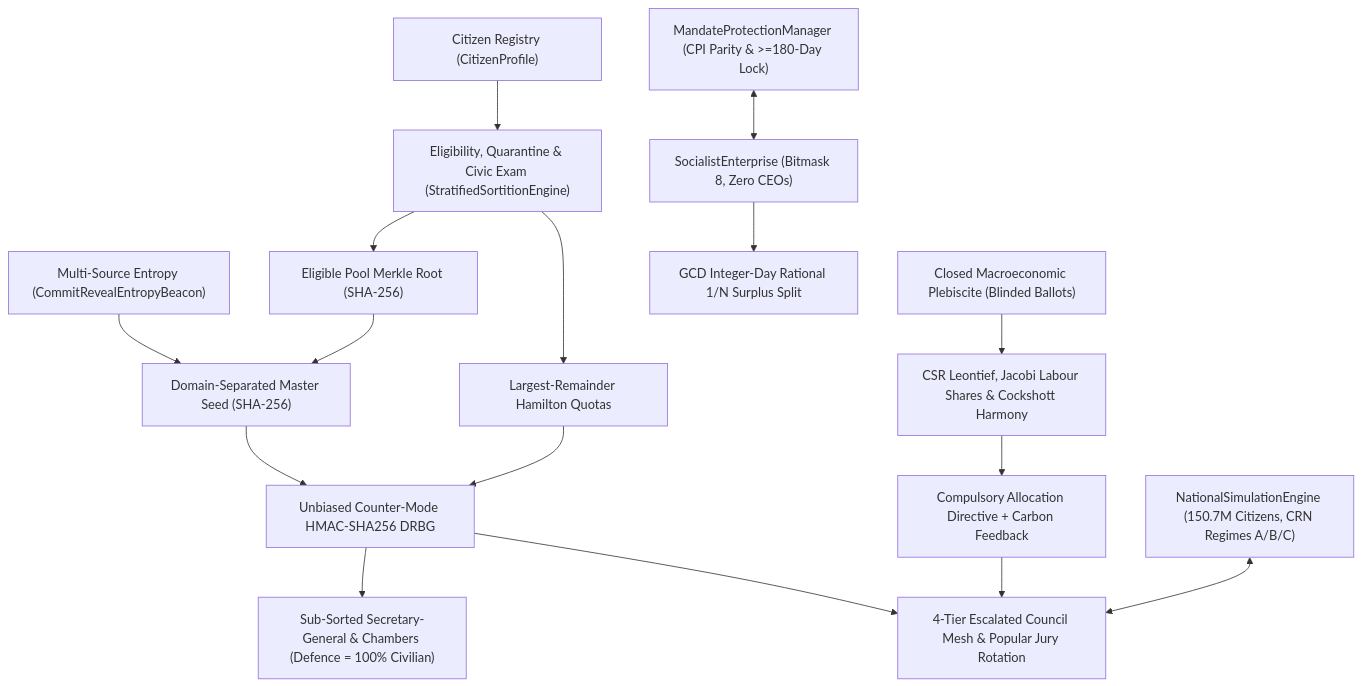
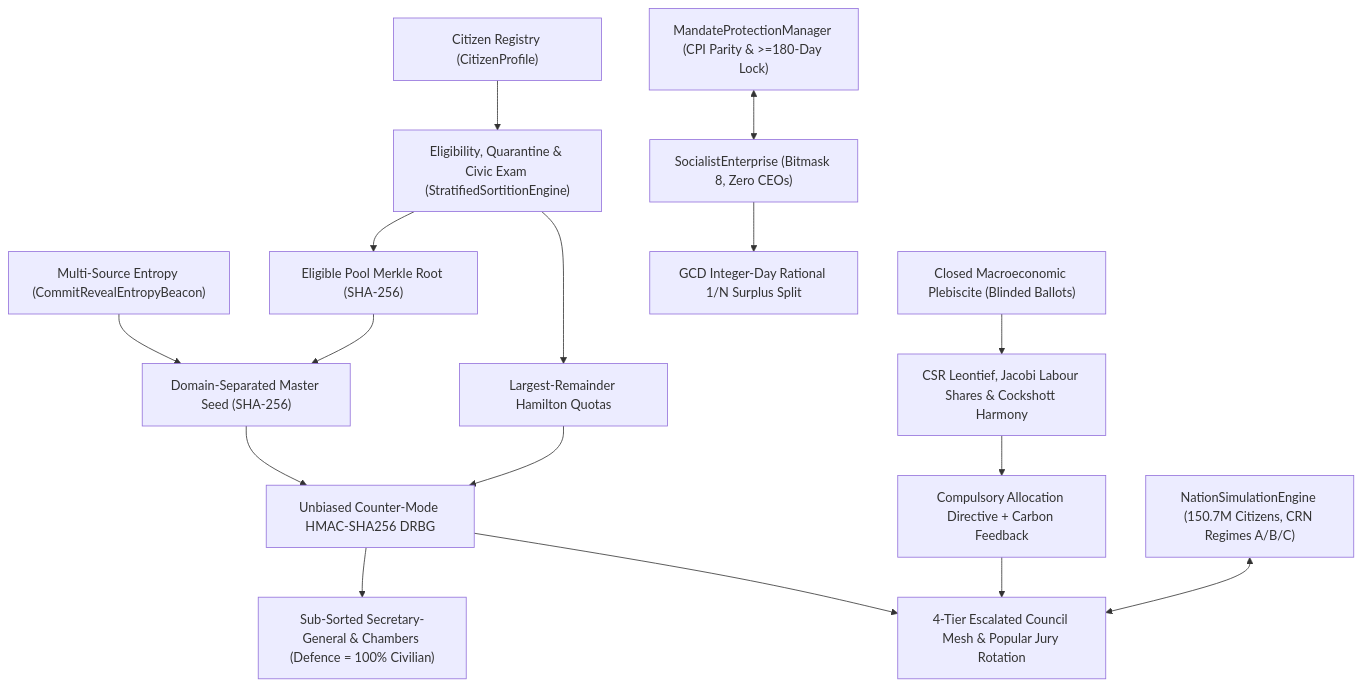
Before and after one commit to PJ-Oliveira/cibersoc: the diagram in docs/en-GB/04_UNDER_THE_HOOD_MECHANICS.md, drawn with Mermaid. The commit also changed other lines of this file and 23 other files, not shown here.

````diff
--- a/docs/en-GB/04_UNDER_THE_HOOD_MECHANICS.md
+++ b/docs/en-GB/04_UNDER_THE_HOOD_MECHANICS.md
@@ -5,18 +5,18 @@
 ```mermaid
 flowchart TD
     Pop["Citizen Registry (CitizenProfile)"] --> Elig["Eligibility, Quarantine & Civic Exam (StratifiedSortitionEngine)"]
     Beacon["Multi-Source Entropy (CommitRevealEntropyBeacon)"] --> Seed["Domain-Separated Master Seed (SHA-256)"]
     Elig --> Merkle["Eligible Pool Merkle Root (SHA-256)"]
     Merkle --> Seed
     Seed --> DRBG["Unbiased Counter-Mode HMAC-SHA256 DRBG"]
     Elig --> Hamilton["Largest-Remainder Hamilton Quotas"]
     Hamilton --> DRBG
     DRBG --> Mesh["4-Tier Escalated Council Mesh & Popular Jury Rotation"]
     DRBG --> Roles["Sub-Sorted Secretary-General & Chambers (Defence = 100% Civilian)"]
     Pleb["Closed Macroeconomic Plebiscite (Blinded Ballots)"] --> CSR["CSR Leontief, Jacobi Labour Shares & Cockshott Harmony"]
     CSR --> Directive["Compulsory Allocation Directive + Carbon Feedback"]
     Directive --> Mesh
     Ent["SocialistEnterprise (Bitmask 8, Zero CEOs)"] --> GCD["GCD Integer-Day Rational 1/N Surplus Split"]
     Mandate["MandateProtectionManager (CPI Parity & >=180-Day Lock)"] <--> Ent
-    SEEM["NationalSimulationEngine (150.7M Citizens, CRN Regimes A/B/C)"] <--> Mesh
+    SEEM["NationSimulationEngine (150.7M Citizens, CRN Regimes A/B/C)"] <--> Mesh
 ```
````
